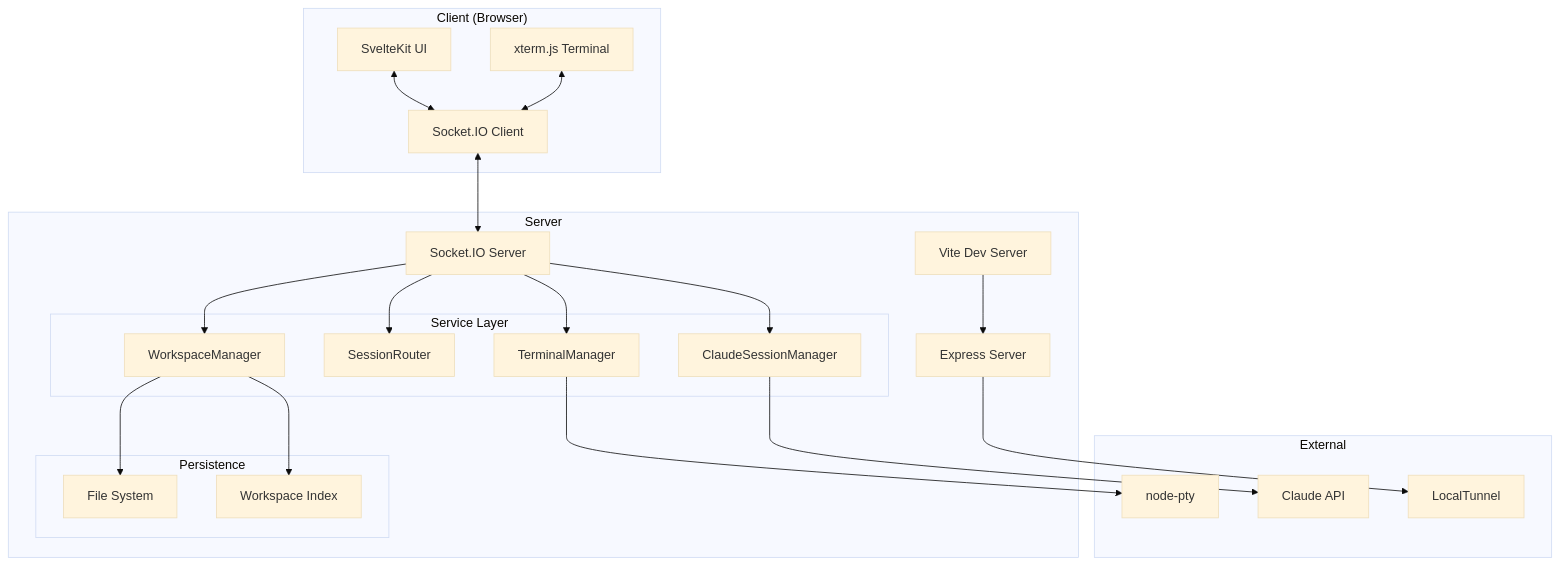
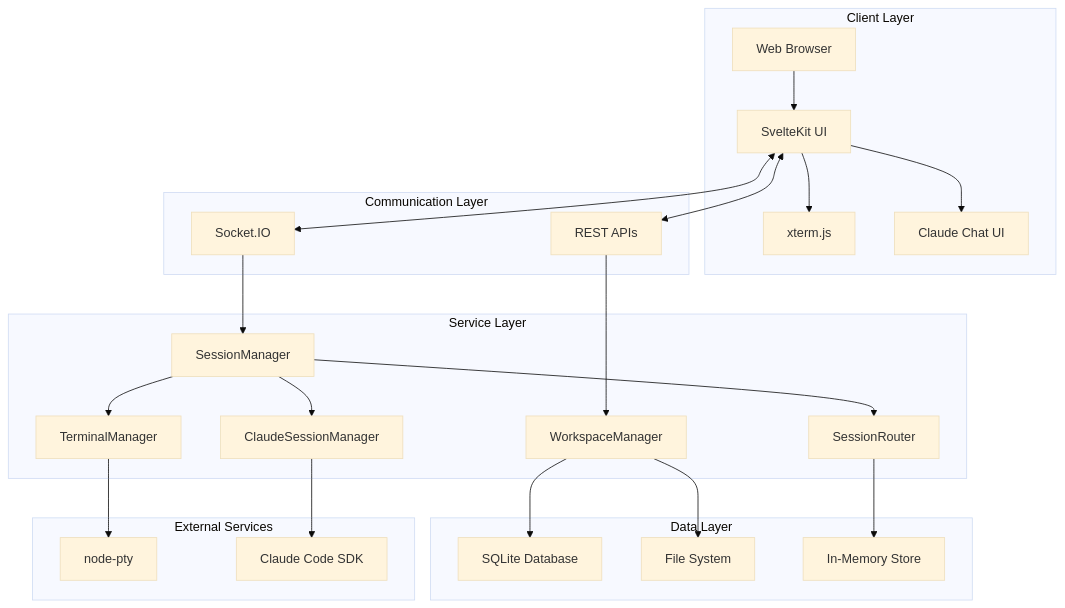
Before and after one commit to fwdslsh/dispatch: the first of 13 diagrams in docs/ARCHITECTURE.md, drawn with Mermaid (base theme). The commit also changed other lines of this file and 39 other files, not shown here.

First line of the commit message:
Add unit and integration tests for Socket.IO session status and command refresh handlers

````diff
--- a/docs/ARCHITECTURE.md
+++ b/docs/ARCHITECTURE.md
@@ -11,48 +34,52 @@
 ```mermaid
 graph TB
-    subgraph "Client (Browser)"
+    subgraph "Client Layer"
+        Browser[Web Browser]
         UI[SvelteKit UI]
-        XTERM[xterm.js Terminal]
-        SOCKET_CLIENT[Socket.IO Client]
+        Terminal[xterm.js]
+        Claude[Claude Chat UI]
     end
-
-    subgraph "Server"
-        VITE[Vite Dev Server]
-        EXPRESS[Express Server]
-        SOCKET_SERVER[Socket.IO Server]
-
-        subgraph "Service Layer"
-            WM[WorkspaceManager]
-            SR[SessionRouter]
-            TM[TerminalManager]
-            CSM[ClaudeSessionManager]
-        end
-
-        subgraph "Persistence"
-            FS[File System]
-            INDEX[Workspace Index]
-        end
+    
+    subgraph "Communication Layer"
+        SocketIO[Socket.IO]
+        REST[REST APIs]
     end
-
-    subgraph "External"
+    
+    subgraph "Service Layer"
+        SM[SessionManager]
+        SR[SessionRouter]
+        WM[WorkspaceManager]
+        TM[TerminalManager]
+        CM[ClaudeSessionManager]
+    end
+    
+    subgraph "Data Layer"
+        SQLite[SQLite Database]
+        FS[File System]
+        Memory[In-Memory Store]
+    end
+    
+    subgraph "External Services"
         PTY[node-pty]
-        CLAUDE[Claude API]
-        LT[LocalTunnel]
+        ClaudeAPI[Claude Code SDK]
     end
-
-    UI <--> SOCKET_CLIENT
-    XTERM <--> SOCKET_CLIENT
-    SOCKET_CLIENT <--> SOCKET_SERVER
-    SOCKET_SERVER --> WM
-    SOCKET_SERVER --> SR
-    SOCKET_SERVER --> TM
-    SOCKET_SERVER --> CSM
-
+    
+    Browser --> UI
+    UI --> Terminal
+    UI --> Claude
+    UI <--> SocketIO
+    UI <--> REST
+    
+    SocketIO --> SM
+    REST --> WM
+    
+    SM --> SR
+    SM --> TM
+    SM --> CM
+    SR --> Memory
+    WM --> SQLite
+    WM --> FS
+    
     TM --> PTY
-    CSM --> CLAUDE
-    WM --> FS
-    WM --> INDEX
-    EXPRESS --> LT
-
-    VITE --> EXPRESS
+    CM --> ClaudeAPI
 ```
````
